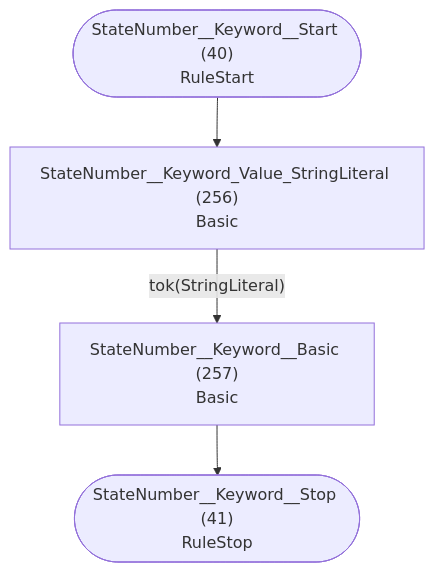
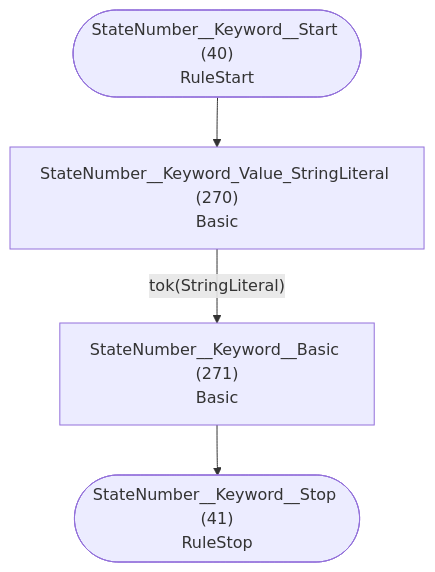
One commit to TypeFox/fastbelt changed diagram 21 of 32 in internal/grammar/atn.md. Above: the diagram before and after it, drawn with Mermaid. The commit also changed other lines of this file and 21 other files, not shown here.

````diff
--- a/internal/grammar/atn.md
+++ b/internal/grammar/atn.md
@@ -629,11 +661,11 @@
 ```mermaid
 flowchart TD
     q40(["StateNumber__Keyword__Start (40)<br/>RuleStart"])
     q41(["StateNumber__Keyword__Stop (41)<br/>RuleStop"])
-    q256["StateNumber__Keyword_Value_StringLiteral (256)<br/>Basic<br/>"]
-    q257["StateNumber__Keyword__Basic (257)<br/>Basic<br/>"]
+    q270["StateNumber__Keyword_Value_StringLiteral (270)<br/>Basic<br/>"]
+    q271["StateNumber__Keyword__Basic (271)<br/>Basic<br/>"]
 
-    q40 --> q256
-    q256 -->|"tok(StringLiteral)"| q257
-    q257 --> q41
+    q40 --> q270
+    q270 -->|"tok(StringLiteral)"| q271
+    q271 --> q41
 ```
````
